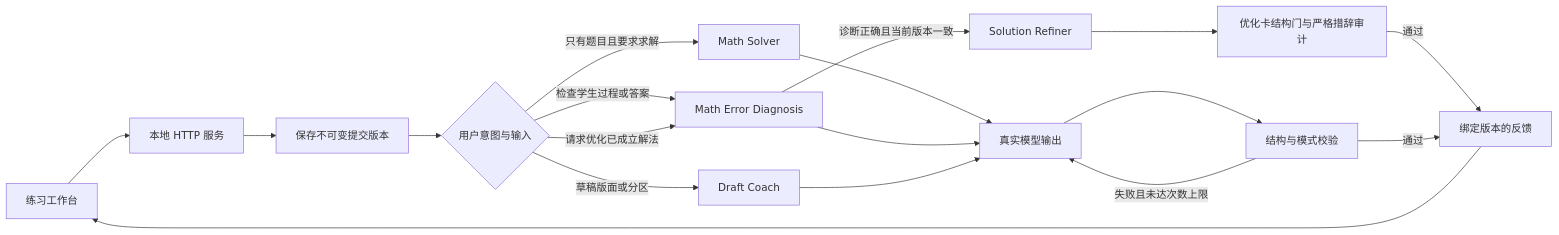
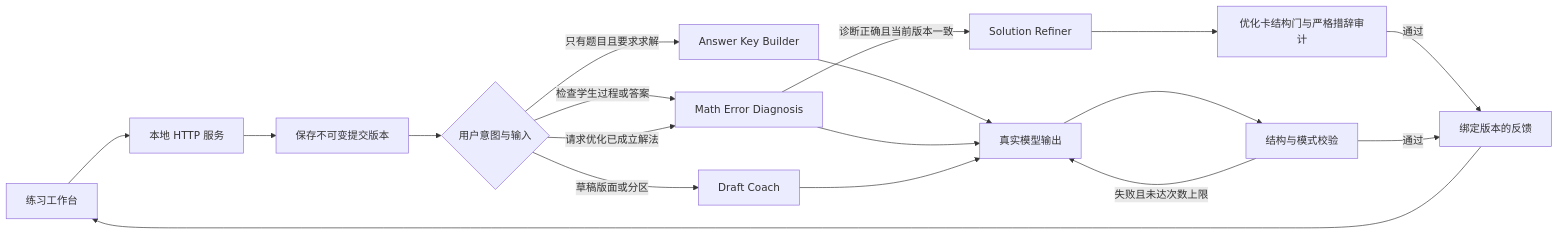
Before and after one commit to jrhhhh/math-homework-agent: the diagram in docs/delivery/架构与运行.md, drawn with Mermaid. The commit also changed 150 other files, not shown here.

````diff
--- a/docs/delivery/架构与运行.md
+++ b/docs/delivery/架构与运行.md
@@ -47,20 +47,20 @@
 ```mermaid
 flowchart LR
     A[练习工作台] --> B[本地 HTTP 服务]
     B --> C[保存不可变提交版本]
     C --> D{用户意图与输入}
-    D -->|只有题目且要求求解| E[Math Solver]
+    D -->|只有题目且要求求解| E[Answer Key Builder]
     D -->|检查学生过程或答案| F[Math Error Diagnosis]
     D -->|草稿版面或分区| G[Draft Coach]
     D -->|请求优化已成立解法| F
     E --> H[真实模型输出]
     F --> H
     G --> H
     F -->|诊断正确且当前版本一致| K[Solution Refiner]
     K --> L[优化卡结构门与严格措辞审计]
     L -->|通过| J
     H --> I[结构与模式校验]
     I -->|失败且未达次数上限| H
     I -->|通过| J[绑定版本的反馈]
     J --> A
 ```
````
